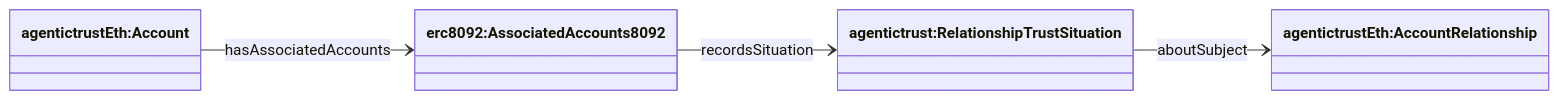
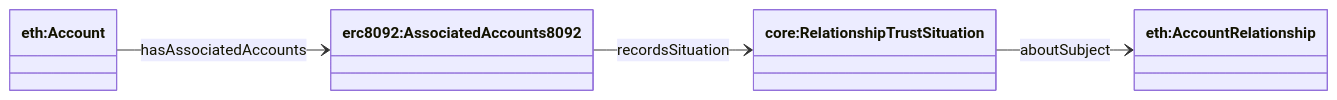
One commit to Agentic-Trust-Layer/agent-explorer changed the third of 3 diagrams in docs/ontology/relationships-roles-participation.md. Above: the diagram before and after it, drawn with Mermaid. The commit also changed other lines of this file and 49 other files, not shown here.

````diff
--- a/docs/ontology/relationships-roles-participation.md
+++ b/docs/ontology/relationships-roles-participation.md
@@ -180,13 +180,13 @@
 ```mermaid
 classDiagram
 direction LR
 
-class Account["agentictrustEth:Account"]
+class Account["eth:Account"]
 class AssociatedAccounts["erc8092:AssociatedAccounts8092"]
-class RelationshipTrustSituation["agentictrust:RelationshipTrustSituation"]
-class AccountRelationship["agentictrustEth:AccountRelationship"]
+class RelationshipTrustSituation["core:RelationshipTrustSituation"]
+class AccountRelationship["eth:AccountRelationship"]
 
 Account --> AssociatedAccounts : hasAssociatedAccounts
 AssociatedAccounts --> RelationshipTrustSituation : recordsSituation
 RelationshipTrustSituation --> AccountRelationship : aboutSubject
 ```
````
